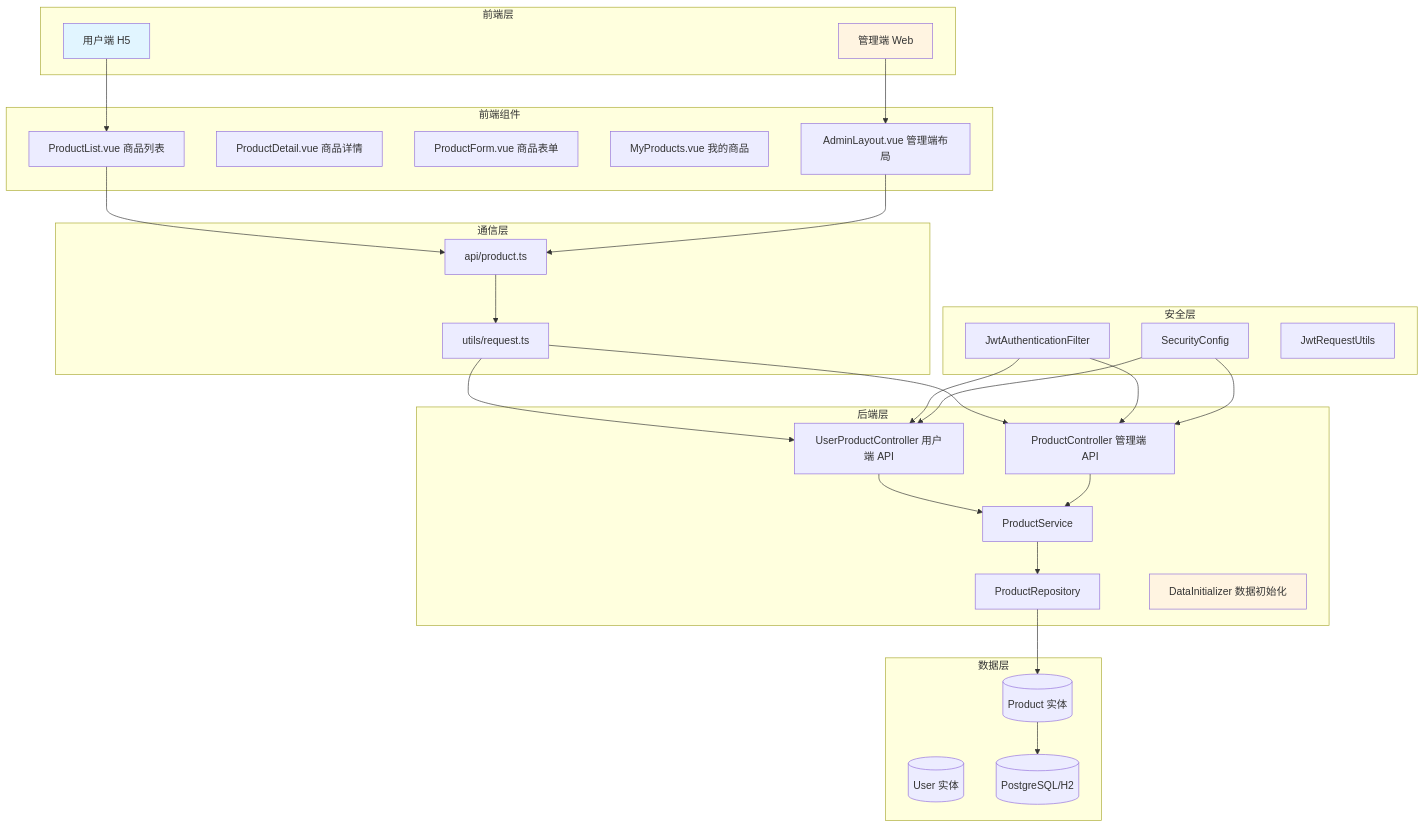
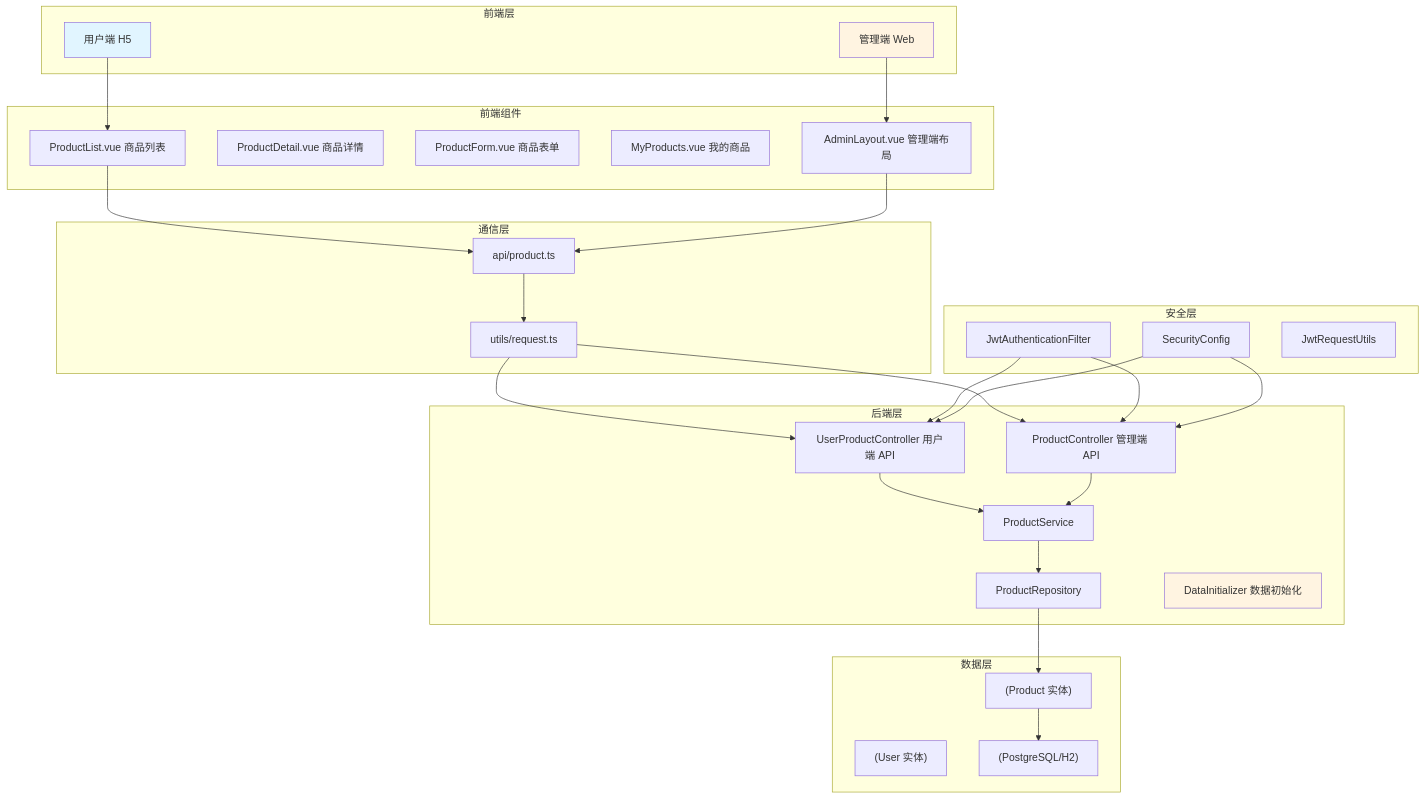
Before and after one commit to RONGX563647/CSTP: the first of 3 diagrams in docs/1.4.商品模块开发.md, drawn with Mermaid. The commit also changed 29 other files, not shown here.

````diff
--- a/docs/1.4.商品模块开发.md
+++ b/docs/1.4.商品模块开发.md
@@ -24,61 +24,61 @@
 ```mermaid
-graph TB
-    subgraph 前端层
-        A1[用户端 H5]
-        A2[管理端 Web]
+flowchart TB
+    subgraph frontend["前端层"]
+        A1["用户端 H5"]
+        A2["管理端 Web"]
     end
     
-    subgraph 前端组件
-        B1[ProductList.vue 商品列表]
-        B2[ProductDetail.vue 商品详情]
-        B3[ProductForm.vue 商品表单]
-        B4[MyProducts.vue 我的商品]
-        B5[AdminLayout.vue 管理端布局]
+    subgraph components["前端组件"]
+        B1["ProductList.vue 商品列表"]
+        B2["ProductDetail.vue 商品详情"]
+        B3["ProductForm.vue 商品表单"]
+        B4["MyProducts.vue 我的商品"]
+        B5["AdminLayout.vue 管理端布局"]
     end
     
-    subgraph 通信层
-        C1[api/product.ts]
-        C2[utils/request.ts]
+    subgraph communication["通信层"]
+        C1["api/product.ts"]
+        C2["utils/request.ts"]
     end
     
-    subgraph 后端层
-        D1[UserProductController 用户端 API]
-        D2[ProductController 管理端 API]
-        D3[ProductService]
-        D4[ProductRepository]
-        D5[DataInitializer 数据初始化]
+    subgraph backend["后端层"]
+        D1["UserProductController 用户端 API"]
+        D2["ProductController 管理端 API"]
+        D3["ProductService"]
+        D4["ProductRepository"]
+        D5["DataInitializer 数据初始化"]
     end
     
-    subgraph 数据层
-        E1[(Product 实体)]
-        E2[(User 实体)]
-        E3[(PostgreSQL/H2)]
+    subgraph data["数据层"]
+        E1["(Product 实体)"]
+        E2["(User 实体)"]
+        E3["(PostgreSQL/H2)"]
     end
     
-    subgraph 安全层
-        F1[JwtAuthenticationFilter]
-        F2[SecurityConfig]
-        F3[JwtRequestUtils]
+    subgraph security["安全层"]
+        F1["JwtAuthenticationFilter"]
+        F2["SecurityConfig"]
+        F3["JwtRequestUtils"]
     end
     
     A1 --> B1
     A2 --> B5
     B1 --> C1
     B5 --> C1
     C1 --> C2
     C2 --> D1
     C2 --> D2
     D1 --> D3
     D2 --> D3
     D3 --> D4
     D4 --> E1
     E1 --> E3
     F1 --> D1
     F1 --> D2
     F2 --> D1
     F2 --> D2
     
     style A1 fill:#e1f5ff
     style A2 fill:#fff4e1
     style D5 fill:#fff4e1
 ```
````
